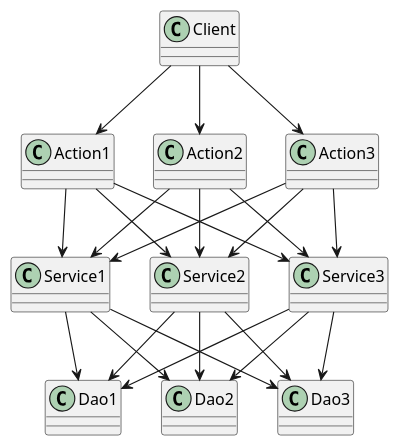
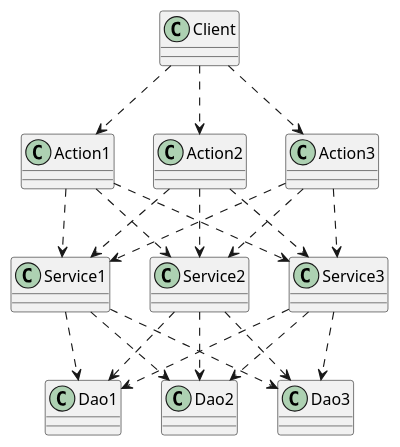
The diagram in src/main/java/com/kco/pattern/facade/外观模式3.puml (kco1989/examples), drawn with PlantUML before and after one commit. The commit also changed 35 other files, not shown here.

```diff
--- a/src/main/java/com/kco/pattern/facade/外观模式3.puml
+++ b/src/main/java/com/kco/pattern/facade/外观模式3.puml
@@ -1,42 +1,42 @@
 @startuml
 class Client
 
 class Action1
 class Action2
 class Action3
 
 class Service1
 class Service2
 class Service3
 
 class Dao1
 class Dao2
 class Dao3
 
-Client --> Action1
-Client --> Action2
-Client --> Action3
+Client ..> Action1
+Client ..> Action2
+Client ..> Action3
 
-Action1 --> Service1
-Action1 --> Service2
-Action1 --> Service3
-Action2 --> Service1
-Action2 --> Service2
-Action2 --> Service3
-Action3 --> Service1
-Action3 --> Service2
-Action3 --> Service3
+Action1 ..> Service1
+Action1 ..> Service2
+Action1 ..> Service3
+Action2 ..> Service1
+Action2 ..> Service2
+Action2 ..> Service3
+Action3 ..> Service1
+Action3 ..> Service2
+Action3 ..> Service3
 
-Service1 --> Dao1
-Service1 --> Dao2
-Service1 --> Dao3
-Service2 --> Dao1
-Service2 --> Dao2
-Service2 --> Dao3
-Service3 --> Dao1
-Service3 --> Dao2
-Service3 --> Dao3
+Service1 ..> Dao1
+Service1 ..> Dao2
+Service1 ..> Dao3
+Service2 ..> Dao1
+Service2 ..> Dao2
+Service2 ..> Dao3
+Service3 ..> Dao1
+Service3 ..> Dao2
+Service3 ..> Dao3
 
 
 
 @enduml
```
